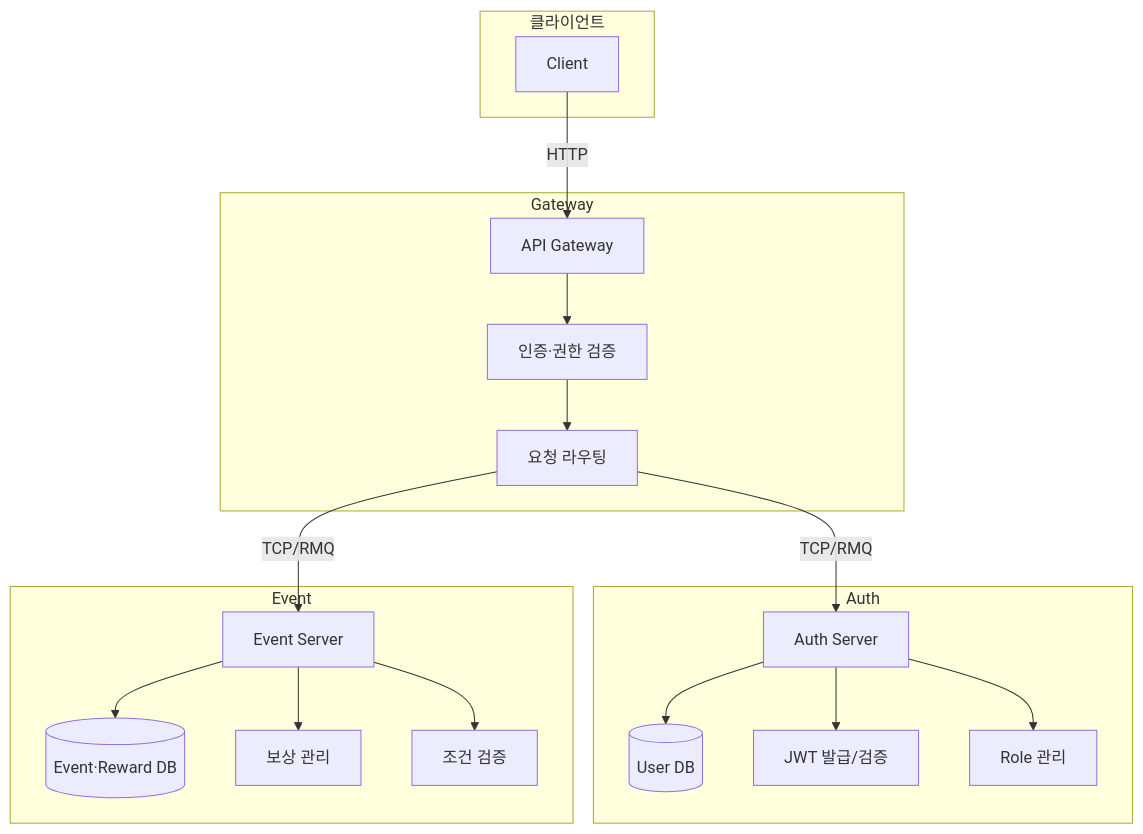
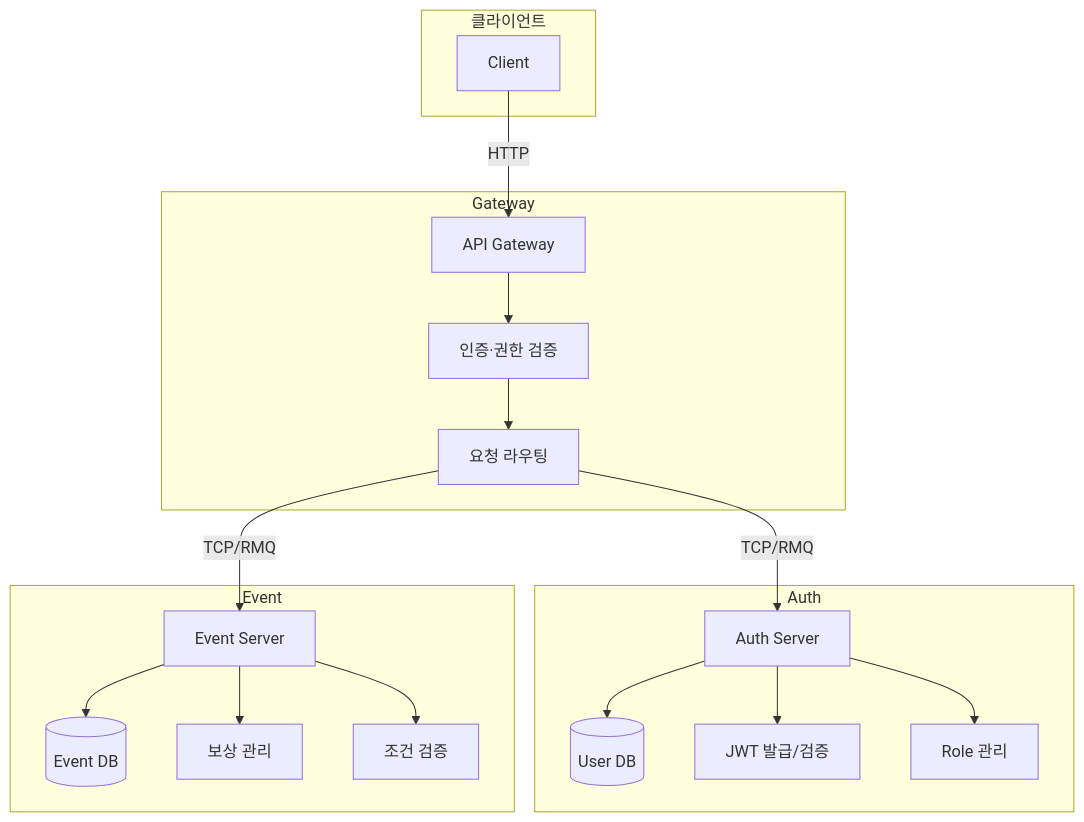
The diagram in README.md (DongHoonYu96/event-reward-platform), drawn with Mermaid before and after one commit. The commit also changed other lines of this file, not shown here.

````diff
--- a/README.md
+++ b/README.md
@@ -45,37 +45,37 @@
 ```mermaid
 flowchart TB
   subgraph 클라이언트
     Client[Client]
   end
 
   subgraph Gateway
     GW[API Gateway]
     AuthGuard[인증·권한 검증]
     Router[요청 라우팅]
   end
 
   subgraph Auth
     AUTH[Auth Server]
     DB_User[(User DB)]
     JWT_Manager[JWT 발급/검증]
     Role_Manager[Role 관리]
   end
 
   subgraph Event
     EVT[Event Server]
-    DB_Event[(Event·Reward DB)]
+    DB_Event[(Event DB)]
     Reward_Module[보상 관리]
     Condition_Check[조건 검증]
   end
 
   Client -->|HTTP| GW
   GW --> AuthGuard --> Router
   Router -- TCP/RMQ --> AUTH
   Router -- TCP/RMQ --> EVT
   AUTH --> DB_User
   AUTH --> JWT_Manager
   AUTH --> Role_Manager
   EVT --> DB_Event
   EVT --> Reward_Module
   EVT --> Condition_Check
 ```
````
